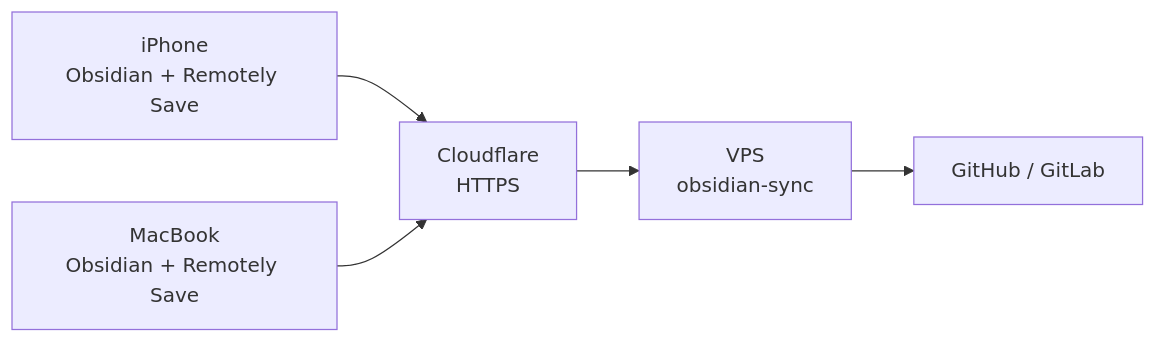
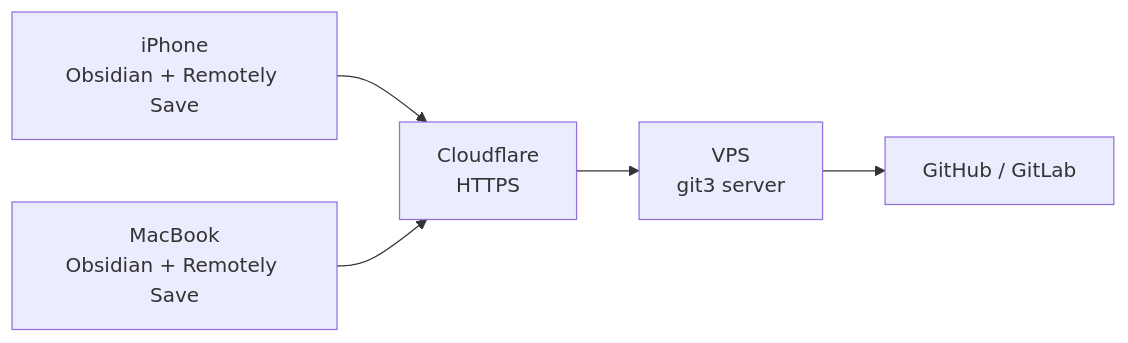
The diagram in README.md (0xa1bed0/obsidian-git-sync), drawn with Mermaid before and after one commit. The commit also changed other lines of this file and 6 other files, not shown here.

````diff
--- a/README.md
+++ b/README.md
@@ -21,7 +21,7 @@
 ```mermaid
 graph LR
     A[iPhone<br>Obsidian + Remotely Save] --> C[Cloudflare<br>HTTPS]
     B[MacBook<br>Obsidian + Remotely Save] --> C
-    C --> D[VPS<br>obsidian-sync]
+    C --> D[VPS<br>git3 server]
     D --> E[GitHub / GitLab]
 ```
````
